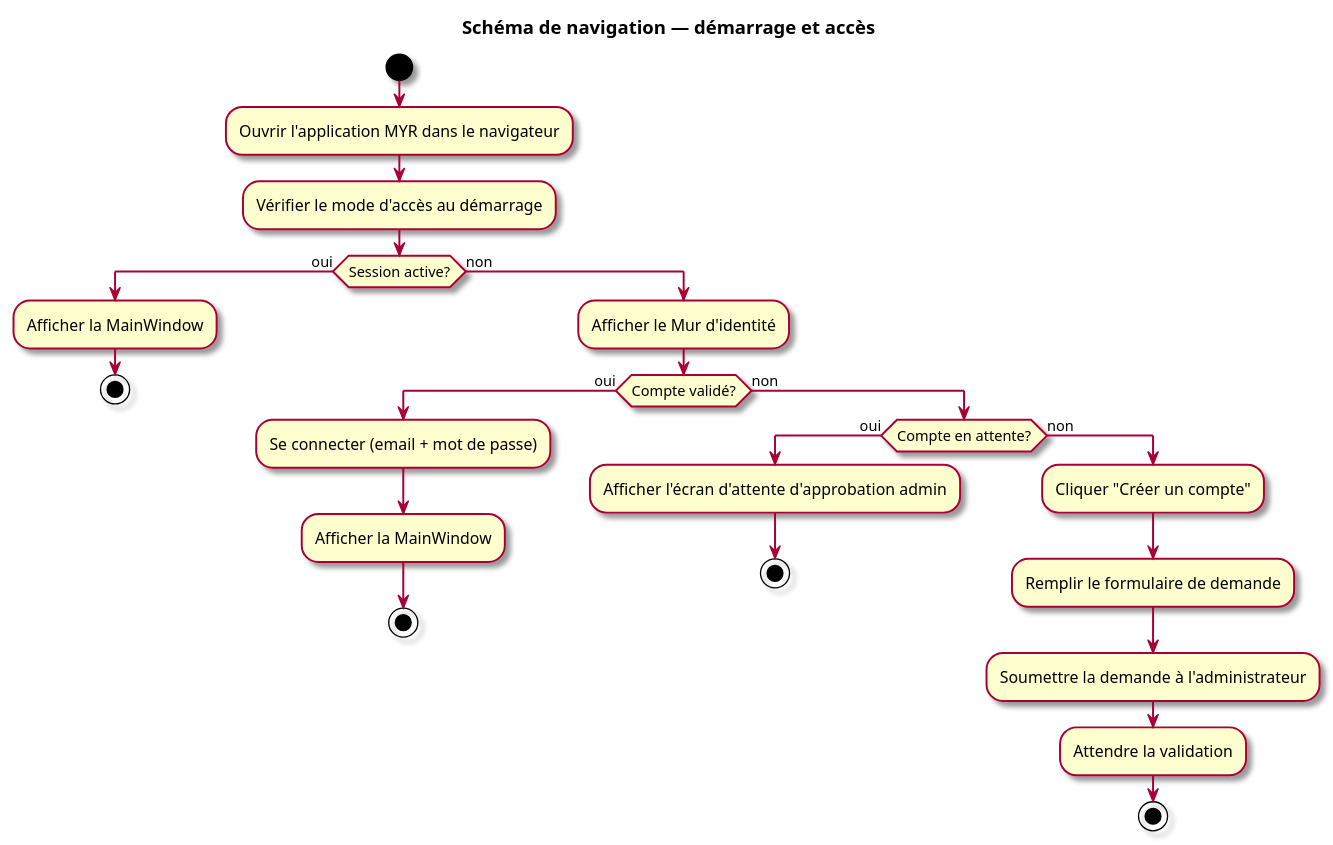
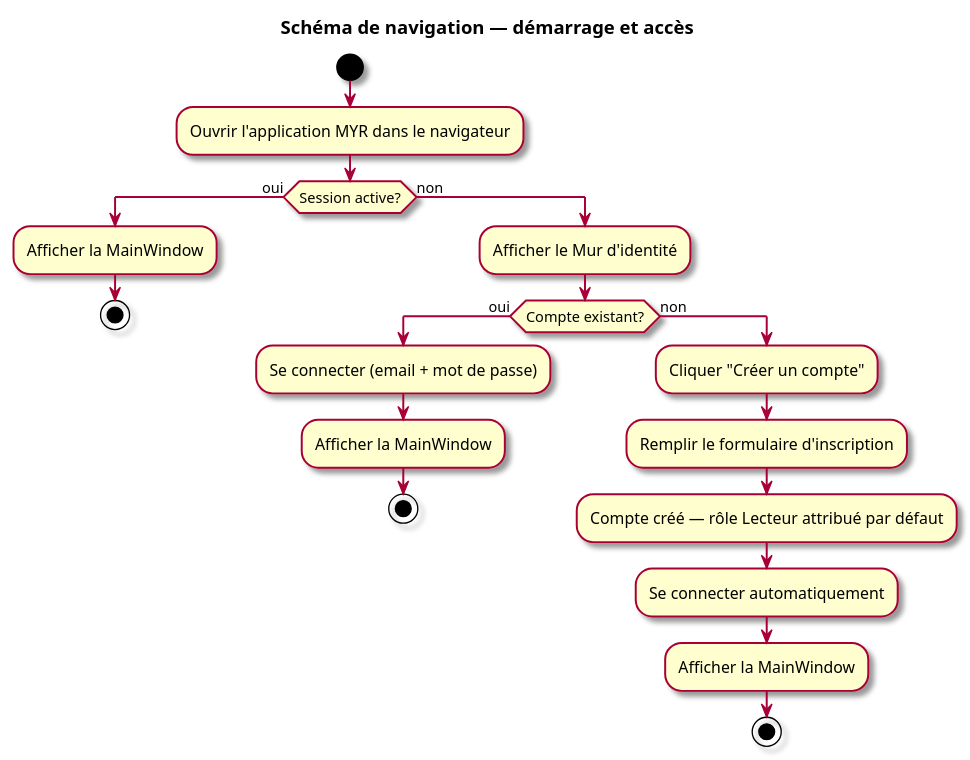
One commit to olivaux/myr changed the second of 2 diagrams in specs/1-Expression/UCIG-Interface_Graphique/UCIG01.md. Above: the diagram before and after it, drawn with PlantUML. The commit also changed other lines of this file and 7 other files, not shown here.

````diff
--- a/specs/1-Expression/UCIG-Interface_Graphique/UCIG01.md
+++ b/specs/1-Expression/UCIG-Interface_Graphique/UCIG01.md
@@ -160,31 +157,26 @@
 ```plantuml
 @startuml
 skin rose
 title Schéma de navigation — démarrage et accès
 start
 :Ouvrir l'application MYR dans le navigateur;
-:Vérifier le mode d'accès au démarrage;
 if (Session active?) then (oui)
   :Afficher la MainWindow;
   stop
 else (non)
   :Afficher le Mur d'identité;
-  if (Compte validé?) then (oui)
+  if (Compte existant?) then (oui)
     :Se connecter (email + mot de passe);
     :Afficher la MainWindow;
     stop
   else (non)
-    if (Compte en attente?) then (oui)
-      :Afficher l'écran d'attente d'approbation admin;
-      stop
-    else (non)
-      :Cliquer "Créer un compte";
-      :Remplir le formulaire de demande;
-      :Soumettre la demande à l'administrateur;
-      :Attendre la validation;
-      stop
-    endif
+    :Cliquer "Créer un compte";
+    :Remplir le formulaire d'inscription;
+    :Compte créé — rôle Lecteur attribué par défaut;
+    :Se connecter automatiquement;
+    :Afficher la MainWindow;
+    stop
   endif
 endif
 @enduml
 ```
````
